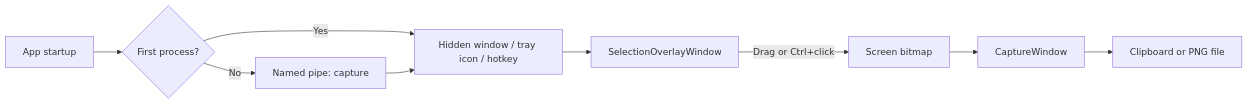
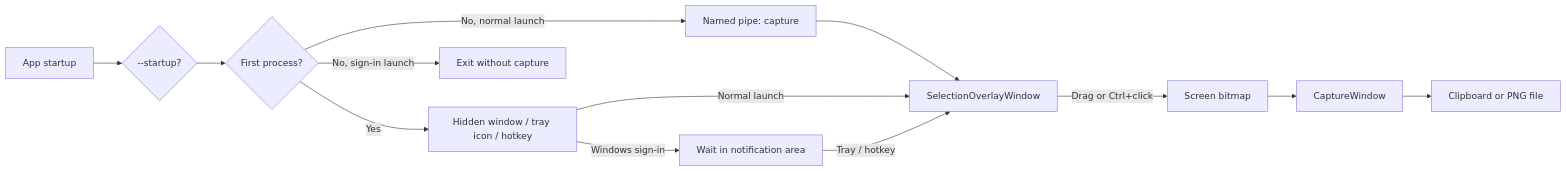
Before and after one commit to sakusan393/ScreenCapture: the diagram in docs/ARCHITECTURE.md, drawn with Mermaid. The commit also changed other lines of this file and 11 other files, not shown here.

````diff
--- a/docs/ARCHITECTURE.md
+++ b/docs/ARCHITECTURE.md
@@ -9,11 +9,15 @@
 ```mermaid
 flowchart LR
-    Start["App startup"] --> Mutex{"First process?"}
+    Start["App startup"] --> Activation{"--startup?"}
+    Activation --> Mutex{"First process?"}
     Mutex -->|Yes| Resident["Hidden window / tray icon / hotkey"]
-    Mutex -->|No| Pipe["Named pipe: capture"]
-    Pipe --> Resident
-    Resident --> Select["SelectionOverlayWindow"]
+    Mutex -->|No, normal launch| Pipe["Named pipe: capture"]
+    Mutex -->|No, sign-in launch| Exit["Exit without capture"]
+    Pipe --> Select["SelectionOverlayWindow"]
+    Resident -->|Normal launch| Select
+    Resident -->|Windows sign-in| TrayOnly["Wait in notification area"]
+    TrayOnly -->|Tray / hotkey| Select
     Select -->|Drag or Ctrl+click| Capture["Screen bitmap"]
     Capture --> Edit["CaptureWindow"]
     Edit --> Output["Clipboard or PNG file"]
 ```
````
